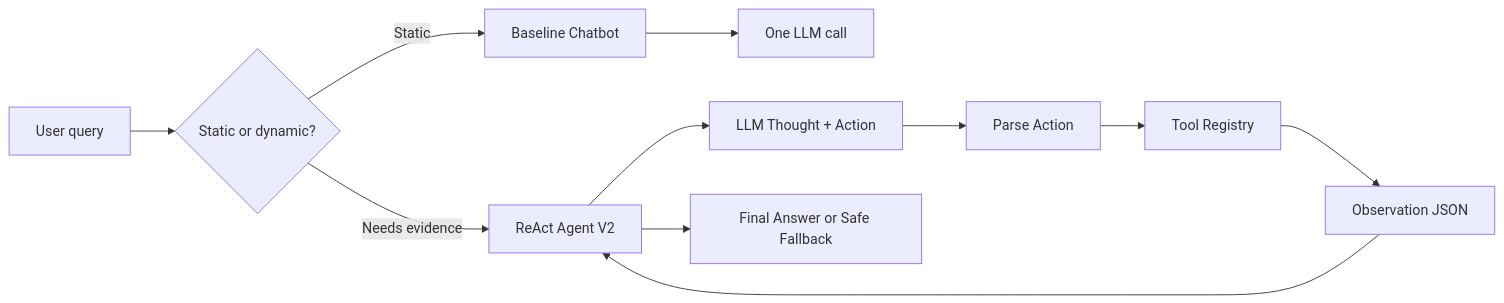
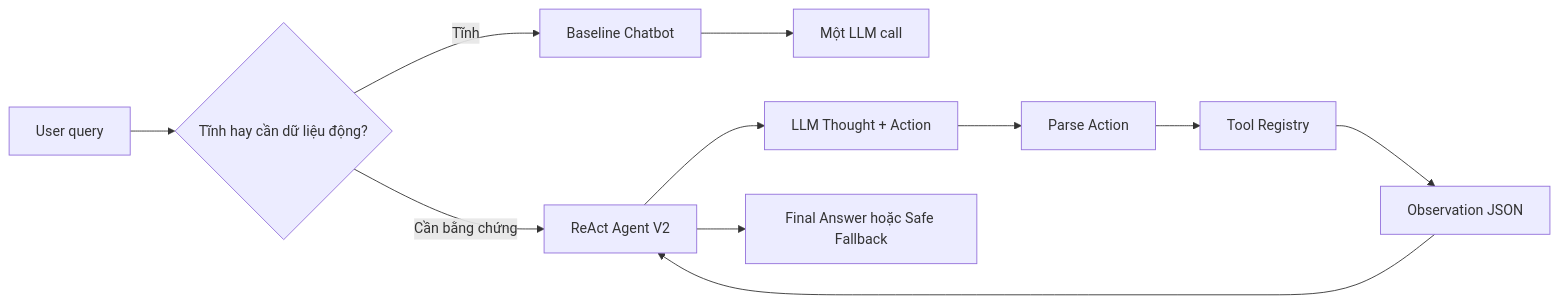
The diagram in report/group_report/GROUP_REPORT_NguyenChiHieu.md (duckymoimoi/K3_DAY03_2A202601931_NguyenChiHieu), drawn with Mermaid before and after one commit. The commit also changed other lines of this file and 10 other files, not shown here.

````diff
--- a/report/group_report/GROUP_REPORT_NguyenChiHieu.md
+++ b/report/group_report/GROUP_REPORT_NguyenChiHieu.md
@@ -32,13 +32,13 @@
 ```mermaid
 flowchart LR
-    U[User query] --> B{Static or dynamic?}
-    B -->|Static| C[Baseline Chatbot]
-    C --> LLM[One LLM call]
-    B -->|Needs evidence| R[ReAct Agent V2]
+    U[User query] --> B{Tĩnh hay cần dữ liệu động?}
+    B -->|Tĩnh| C[Baseline Chatbot]
+    C --> LLM[Một LLM call]
+    B -->|Cần bằng chứng| R[ReAct Agent V2]
     R --> P[LLM Thought + Action]
     P --> X[Parse Action]
     X --> T[Tool Registry]
     T --> O[Observation JSON]
     O --> R
-    R --> FA[Final Answer or Safe Fallback]
+    R --> FA[Final Answer hoặc Safe Fallback]
 ```
````
